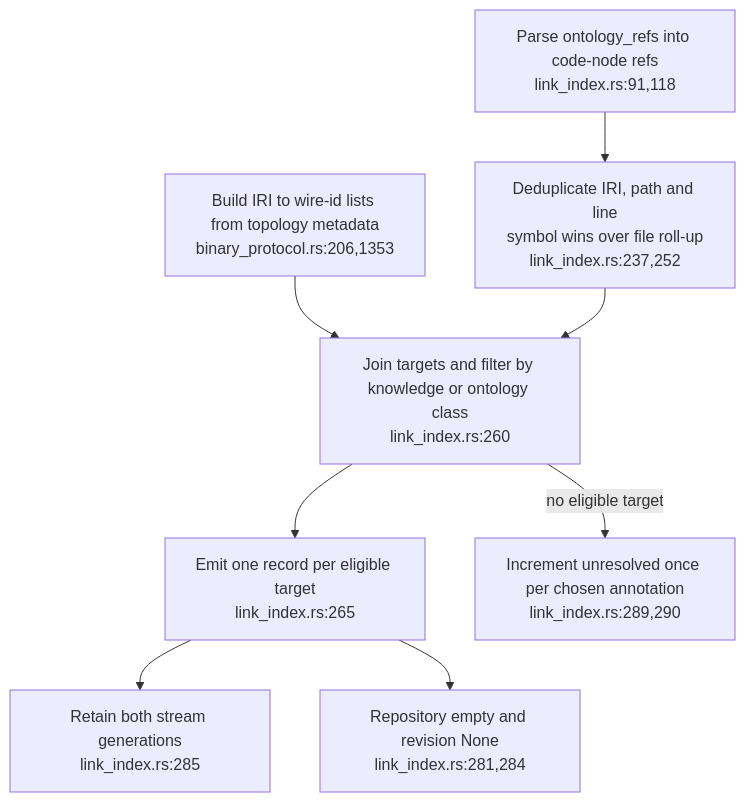
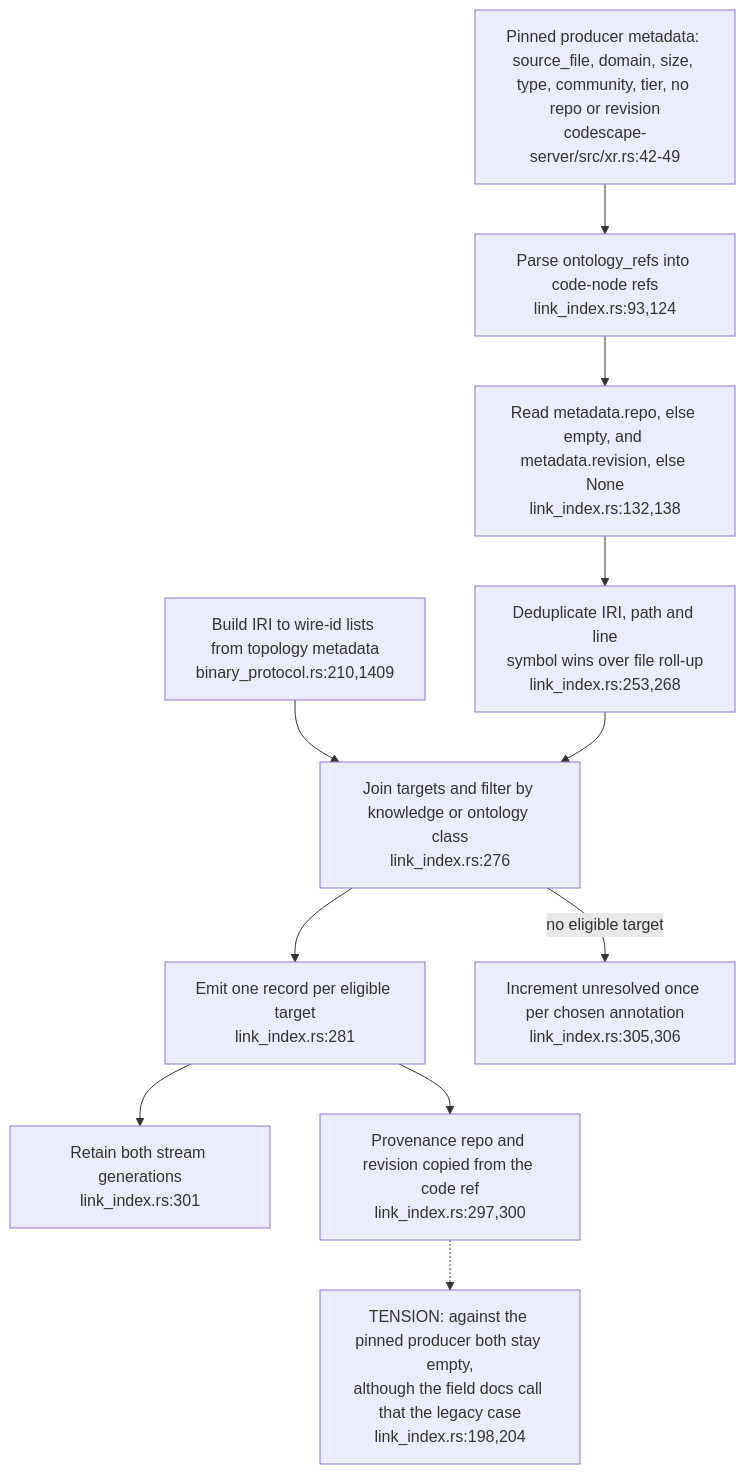
The second of 3 diagrams in docs/diagrams/visionclaw/45-code-to-concept-link-evidence.md (DreamLab-AI/VisionFlow), drawn with Mermaid before and after one commit. The commit also changed other lines of this file and 56 other files, not shown here.

First line of the commit message:
docs(diagrams): re-verify VisionClaw topics at ec785afa9, add VC-19/56/57 and the VisionClaw register

````diff
--- a/docs/diagrams/visionclaw/45-code-to-concept-link-evidence.md
+++ b/docs/diagrams/visionclaw/45-code-to-concept-link-evidence.md
@@ -45,10 +46,13 @@
 ```mermaid
 flowchart TD
-    CS["Parse ontology_refs into code-node refs<br/>link_index.rs:91,118"] --> PICK["Deduplicate IRI, path and line<br/>symbol wins over file roll-up<br/>link_index.rs:237,252"]
-    VC["Build IRI to wire-id lists from topology metadata<br/>binary_protocol.rs:206,1353"] --> JOIN["Join targets and filter by knowledge or ontology class<br/>link_index.rs:260"]
+    PROD["Pinned producer metadata: source_file, domain, size, type, community, tier, no repo or revision<br/>codescape-server/src/xr.rs:42-49"] --> CS
+    CS["Parse ontology_refs into code-node refs<br/>link_index.rs:93,124"] --> READ["Read metadata.repo, else empty, and metadata.revision, else None<br/>link_index.rs:132,138"]
+    READ --> PICK["Deduplicate IRI, path and line<br/>symbol wins over file roll-up<br/>link_index.rs:253,268"]
+    VC["Build IRI to wire-id lists from topology metadata<br/>binary_protocol.rs:210,1409"] --> JOIN["Join targets and filter by knowledge or ontology class<br/>link_index.rs:276"]
     PICK --> JOIN
-    JOIN --> REC["Emit one record per eligible target<br/>link_index.rs:265"]
-    REC --> GEN["Retain both stream generations<br/>link_index.rs:285"]
-    REC --> EMPTY["Repository empty and revision None<br/>link_index.rs:281,284"]
-    JOIN -->|no eligible target| MISS["Increment unresolved once per chosen annotation<br/>link_index.rs:289,290"]
+    JOIN --> REC["Emit one record per eligible target<br/>link_index.rs:281"]
+    REC --> GEN["Retain both stream generations<br/>link_index.rs:301"]
+    REC --> PROV["Provenance repo and revision copied from the code ref<br/>link_index.rs:297,300"]
+    PROV -.-> EMPTY["TENSION: against the pinned producer both stay empty,<br/>although the field docs call that the legacy case<br/>link_index.rs:198,204"]
+    JOIN -->|no eligible target| MISS["Increment unresolved once per chosen annotation<br/>link_index.rs:305,306"]
 ```
````
